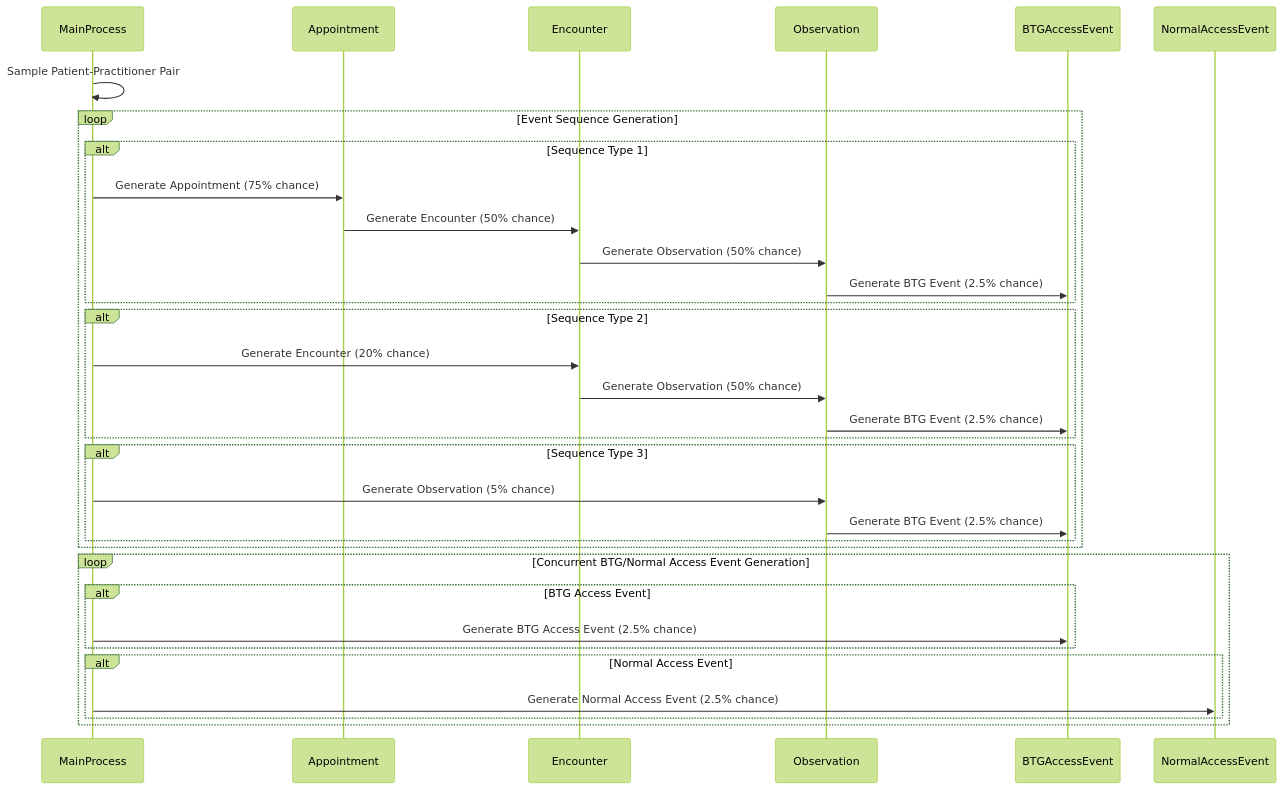
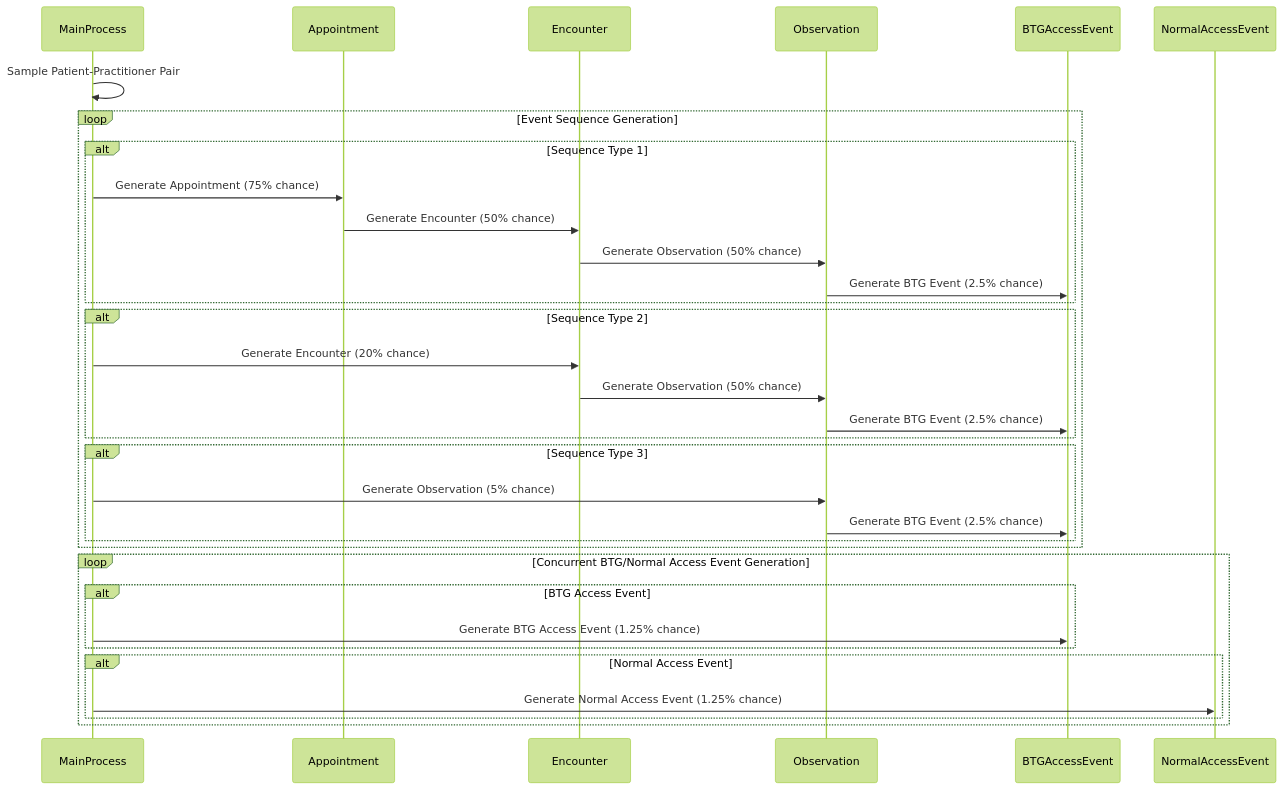
The diagram in docs/sim.md (NicklasXYZ/hcs-synthetic-data-generator), drawn with Mermaid (forest theme) before and after one commit. The commit also changed 5 other files, not shown here.

````diff
--- a/docs/sim.md
+++ b/docs/sim.md
@@ -71,41 +71,41 @@
 ```mermaid
 sequenceDiagram
     participant MainProcess
     participant Appointment
     participant Encounter
     participant Observation
     participant BTGAccessEvent
     participant NormalAccessEvent
     
     MainProcess->>MainProcess: Sample Patient-Practitioner Pair
 
     loop Event Sequence Generation
         alt Sequence Type 1
             MainProcess->>Appointment: Generate Appointment (75% chance)
             Appointment->>Encounter: Generate Encounter (50% chance)
             Encounter->>Observation: Generate Observation (50% chance)
             Observation->>BTGAccessEvent: Generate BTG Event (2.5% chance)
         end
 
         alt Sequence Type 2
             MainProcess->>Encounter: Generate Encounter (20% chance)
             Encounter->>Observation: Generate Observation (50% chance)
             Observation->>BTGAccessEvent: Generate BTG Event (2.5% chance)
         end
 
         alt Sequence Type 3
             MainProcess->>Observation: Generate Observation (5% chance)
             Observation->>BTGAccessEvent: Generate BTG Event (2.5% chance)
         end
     end
 
     loop Concurrent BTG/Normal Access Event Generation
         alt BTG Access Event
-            MainProcess->>BTGAccessEvent: Generate BTG Access Event (2.5% chance)
+            MainProcess->>BTGAccessEvent: Generate BTG Access Event (1.25% chance)
         end
 
         alt Normal Access Event
-            MainProcess->>NormalAccessEvent: Generate Normal Access Event (2.5% chance)
+            MainProcess->>NormalAccessEvent: Generate Normal Access Event (1.25% chance)
         end
     end
 ```
````
